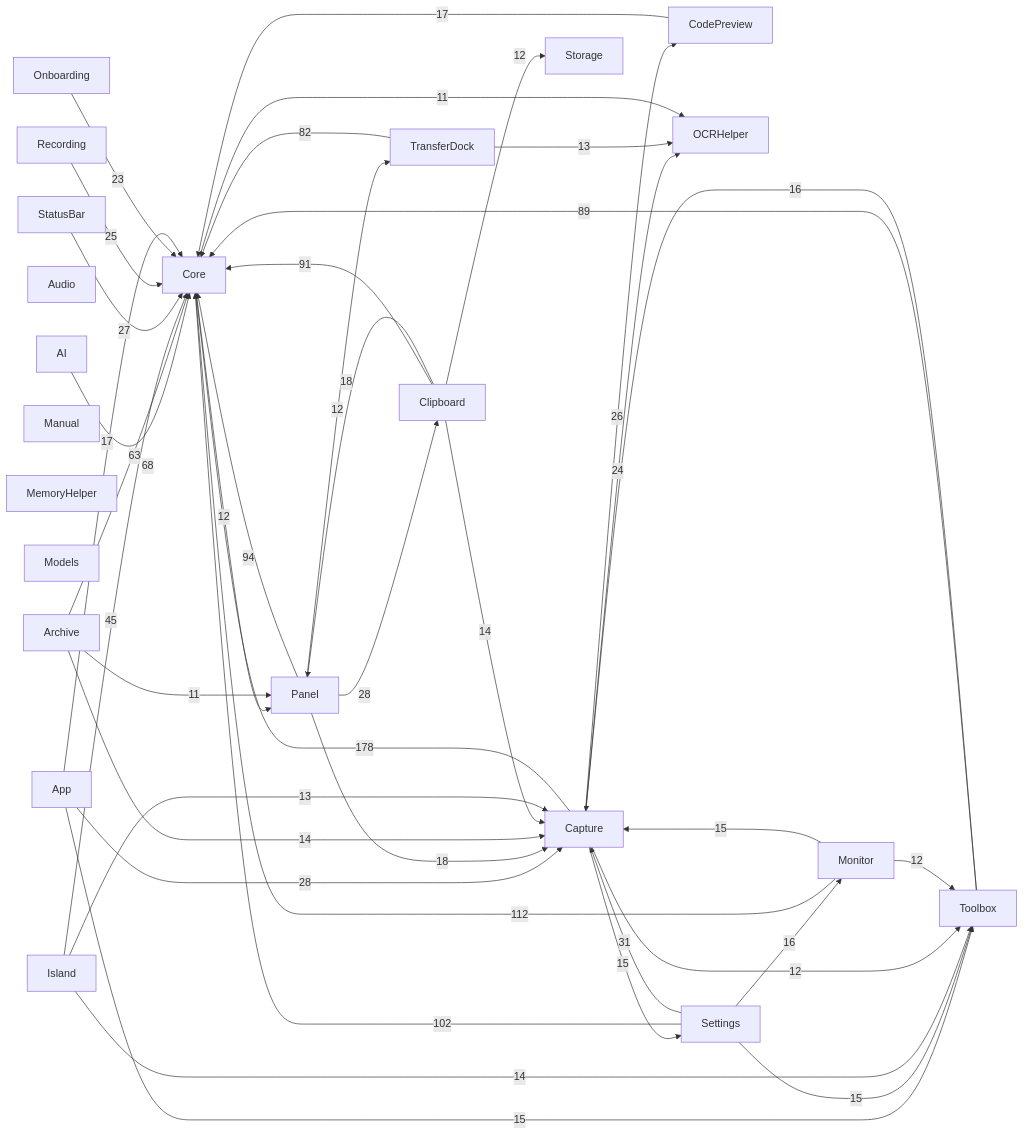
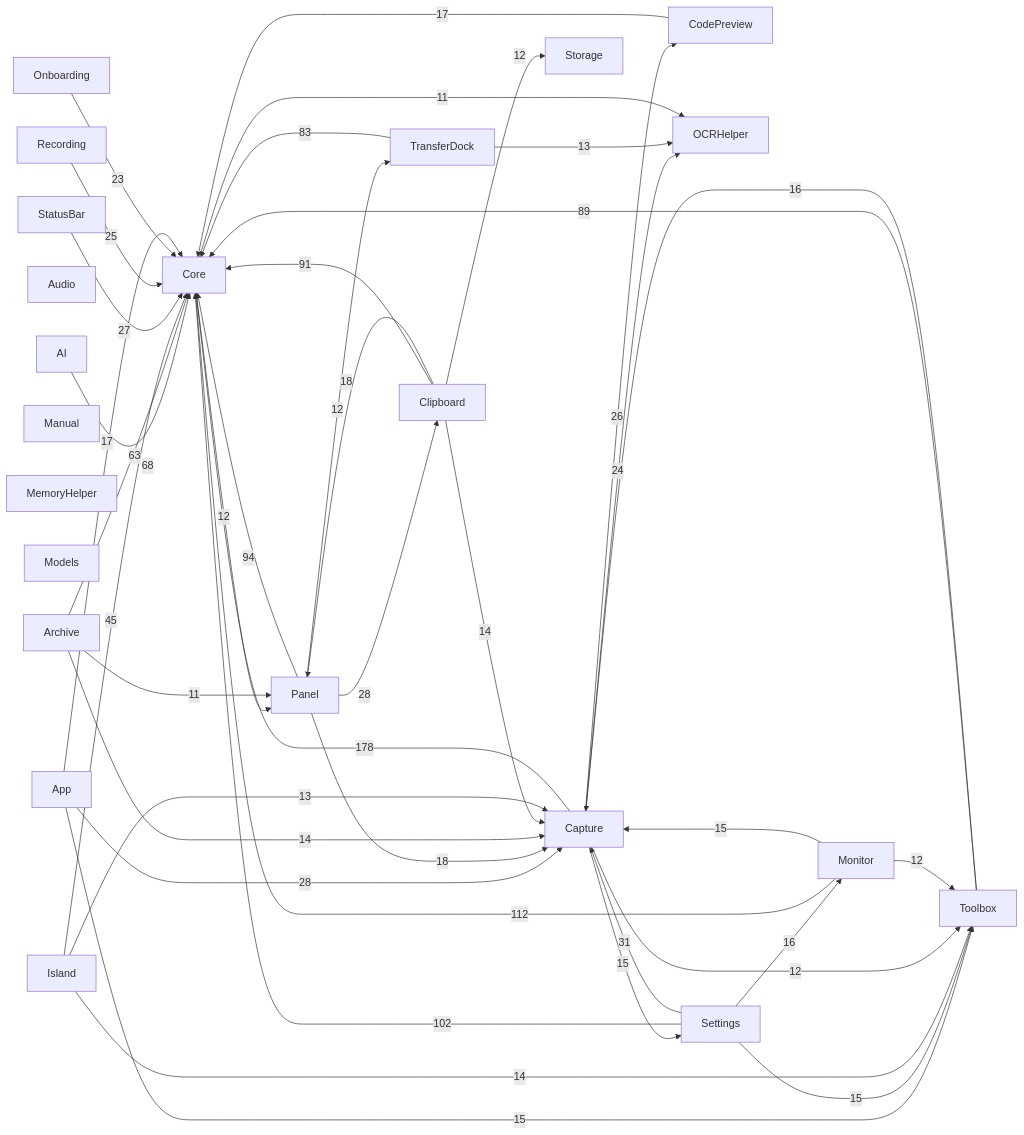
Before and after one commit to sxyq/Kitnest: the diagram in docs/00-总览/模块依赖图.md, drawn with Mermaid. The commit also changed other lines of this file and 11 other files, not shown here.

````diff
--- a/docs/00-总览/模块依赖图.md
+++ b/docs/00-总览/模块依赖图.md
@@ -36,65 +36,65 @@
 ```mermaid
 flowchart LR
   M0["AI"]
   M1["App"]
   M2["Archive"]
   M3["Audio"]
   M4["Capture"]
   M5["Clipboard"]
   M6["CodePreview"]
   M7["Core"]
   M8["Island"]
   M9["Manual"]
   M10["MemoryHelper"]
   M11["Models"]
   M12["Monitor"]
   M13["OCRHelper"]
   M14["Onboarding"]
   M15["Panel"]
   M16["Recording"]
   M17["Settings"]
   M18["StatusBar"]
   M19["Storage"]
   M20["Toolbox"]
   M21["TransferDock"]
   M4 -->|178| M7
   M12 -->|112| M7
   M17 -->|102| M7
   M15 -->|94| M7
   M5 -->|91| M7
   M20 -->|89| M7
-  M21 -->|82| M7
+  M21 -->|83| M7
   M0 -->|68| M7
   M2 -->|63| M7
   M8 -->|45| M7
   M17 -->|31| M4
   M1 -->|28| M4
   M15 -->|28| M5
   M18 -->|27| M7
   M4 -->|26| M6
   M16 -->|25| M7
   M4 -->|24| M13
   M14 -->|23| M7
   M15 -->|18| M4
   M5 -->|18| M15
   M1 -->|17| M7
   M6 -->|17| M7
   M17 -->|16| M12
   M20 -->|16| M4
   M1 -->|15| M20
   M17 -->|15| M20
   M4 -->|15| M17
   M12 -->|15| M4
   M2 -->|14| M4
   M8 -->|14| M20
   M5 -->|14| M4
   M8 -->|13| M4
   M21 -->|13| M13
   M7 -->|12| M15
   M4 -->|12| M20
   M12 -->|12| M20
   M15 -->|12| M21
   M5 -->|12| M19
   M7 -->|11| M13
   M2 -->|11| M15
 ```
````
